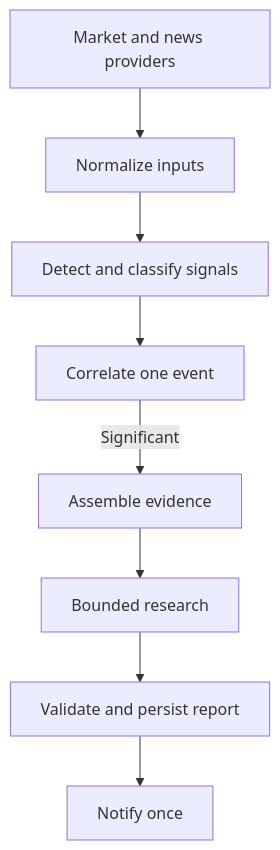
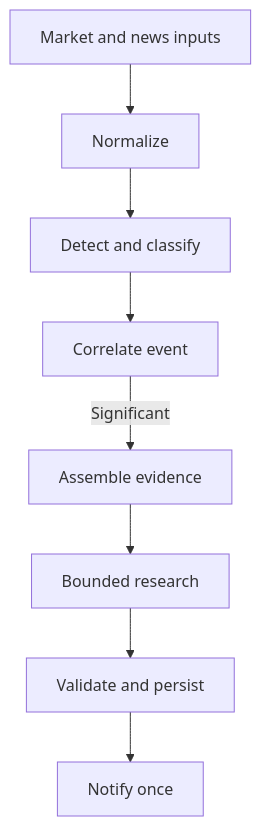
Before and after one commit to CarloVelarde/ai-investment-assistant: the first of 2 diagrams in docs/ARCHITECTURE.md, drawn with Mermaid. The commit also changed other lines of this file and 11 other files, not shown here.

````diff
--- a/docs/ARCHITECTURE.md
+++ b/docs/ARCHITECTURE.md
@@ -16,10 +7,10 @@
 ```mermaid
 flowchart TD
-    A["Market and news providers"] --> B["Normalize inputs"]
-    B --> C["Detect and classify signals"]
-    C --> D["Correlate one event"]
+    A["Market and news inputs"] --> B["Normalize"]
+    B --> C["Detect and classify"]
+    C --> D["Correlate event"]
     D -->|Significant| E["Assemble evidence"]
     E --> F["Bounded research"]
-    F --> G["Validate and persist report"]
+    F --> G["Validate and persist"]
     G --> H["Notify once"]
 ```
````
